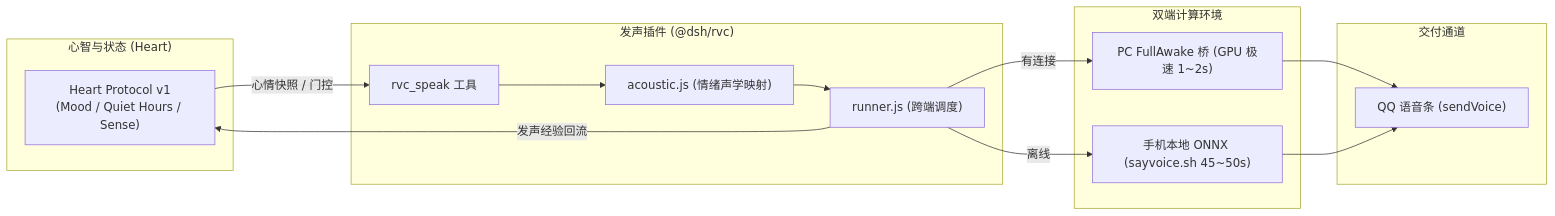
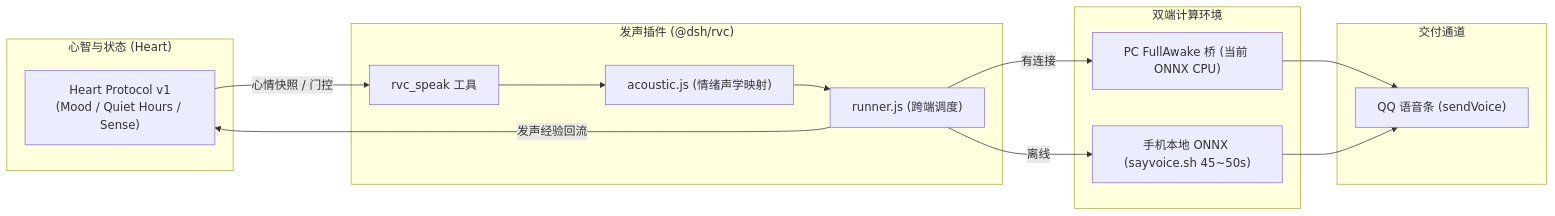
One commit to kirigayakazima/LucidHeart changed the diagram in packages/rvc/README.md. Above: the diagram before and after it, drawn with Mermaid. The commit also changed other lines of this file and 36 other files, not shown here.

````diff
--- a/packages/rvc/README.md
+++ b/packages/rvc/README.md
@@ -70,28 +82,28 @@
 ```mermaid
 flowchart LR
     subgraph Mind ["心智与状态 (Heart)"]
         H["Heart Protocol v1\n(Mood / Quiet Hours / Sense)"]
     end
 
     subgraph VoicePlugin ["发声插件 (@dsh/rvc)"]
         T["rvc_speak 工具"]
         A["acoustic.js (情绪声学映射)"]
         R["runner.js (跨端调度)"]
     end
 
     subgraph Hardware ["双端计算环境"]
-        PC["PC FullAwake 桥 (GPU 极速 1~2s)"]
+        PC["PC FullAwake 桥 (当前 ONNX CPU)"]
         PHONE["手机本地 ONNX (sayvoice.sh 45~50s)"]
     end
 
     subgraph Delivery ["交付通道"]
         QQ["QQ 语音条 (sendVoice)"]
     end
 
     H -->|心情快照 / 门控| T
     T --> A --> R
     R -->|有连接| PC
     R -->|离线| PHONE
     PC & PHONE --> QQ
     R -->|发声经验回流| H
 ```
````
